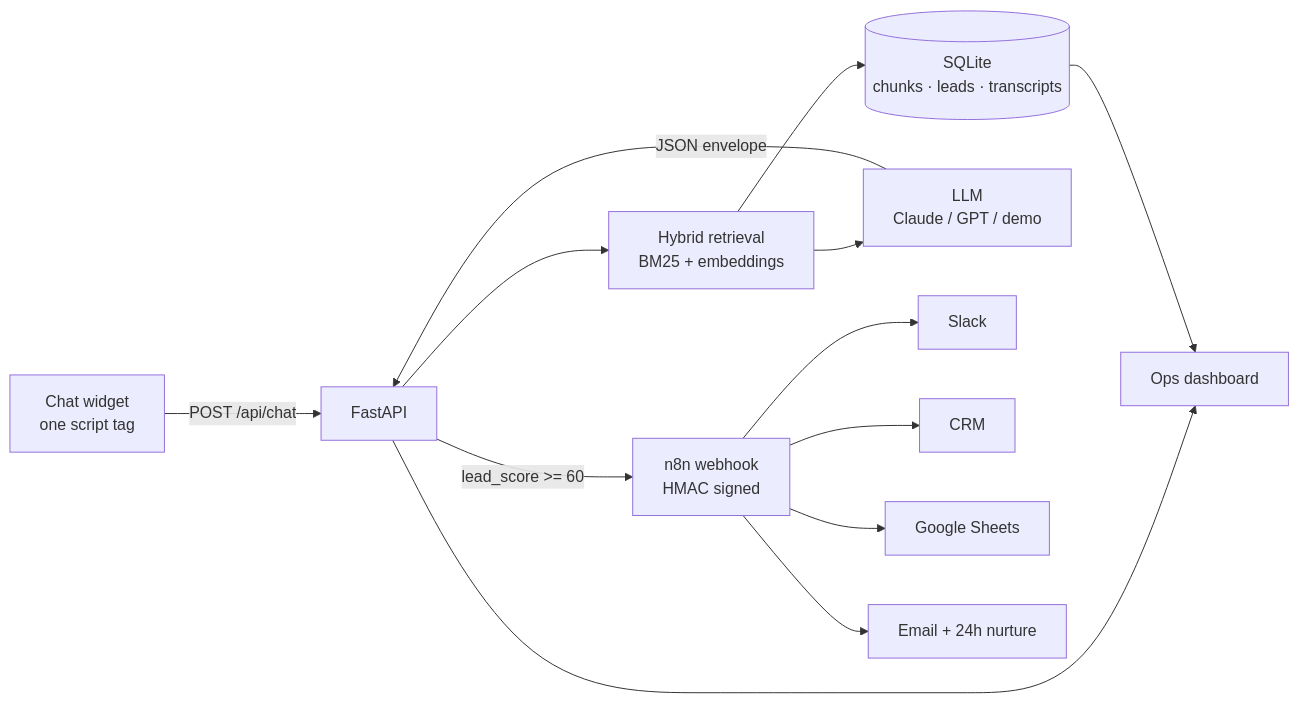
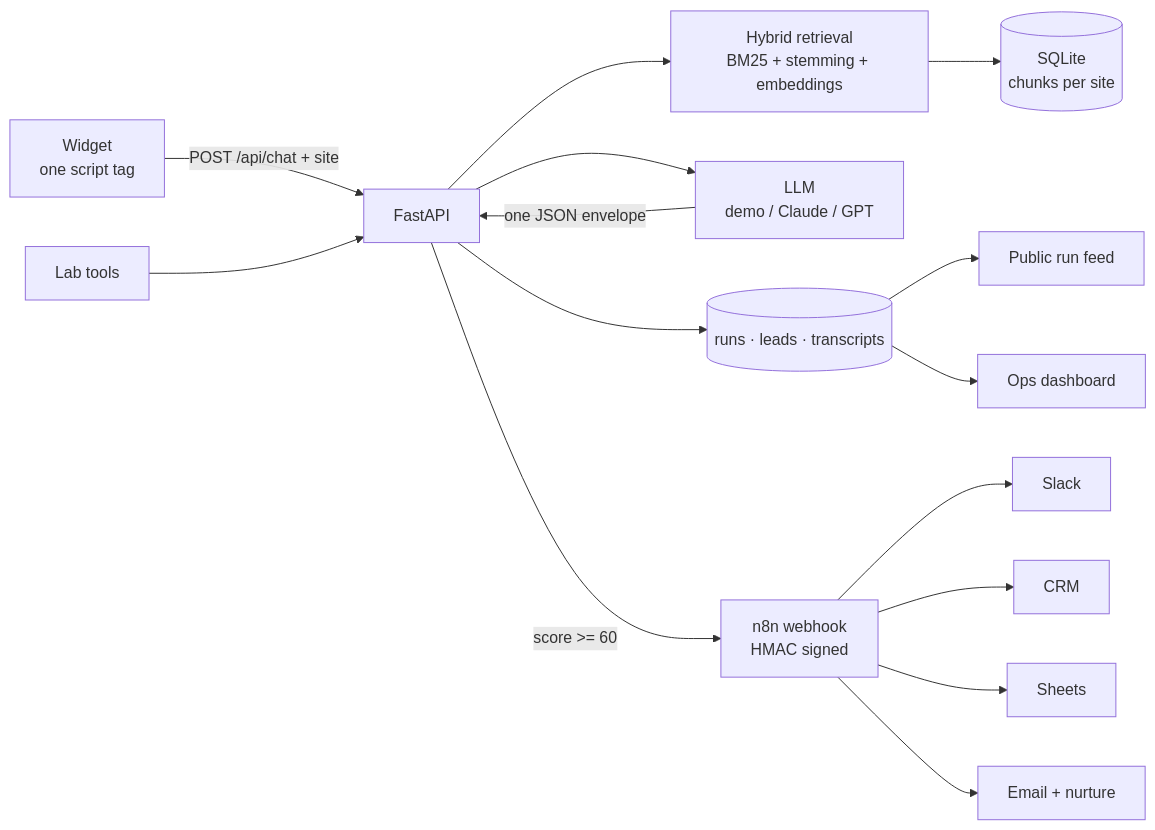
One commit to whykucher/ai-support-agent changed the diagram in README.md. Above: the diagram before and after it, drawn with Mermaid. The commit also changed other lines of this file and 33 other files, not shown here.

````diff
--- a/README.md
+++ b/README.md
@@ -71,15 +69,14 @@
 ```mermaid
 flowchart LR
-    A[Chat widget<br/>one script tag] -->|POST /api/chat| B[FastAPI]
-    B --> C[Hybrid retrieval<br/>BM25 + embeddings]
-    C --> D[(SQLite<br/>chunks · leads · transcripts)]
-    C --> E[LLM<br/>Claude / GPT / demo]
-    E -->|JSON envelope| B
-    B -->|lead_score >= 60| F[n8n webhook<br/>HMAC signed]
-    F --> G[Slack]
-    F --> H[CRM]
-    F --> I[Google Sheets]
-    F --> J[Email + 24h nurture]
-    B --> K[Ops dashboard]
-    D --> K
+    W[Widget<br/>one script tag] -->|POST /api/chat + site| A[FastAPI]
+    L[Lab tools] --> A
+    A --> R[Hybrid retrieval<br/>BM25 + stemming + embeddings]
+    R --> K[(SQLite<br/>chunks per site)]
+    A --> M[LLM<br/>demo / Claude / GPT]
+    M -->|one JSON envelope| A
+    A --> D[(runs · leads · transcripts)]
+    A -->|score >= 60| N[n8n webhook<br/>HMAC signed]
+    N --> S[Slack] & C[CRM] & G[Sheets] & E[Email + nurture]
+    D --> P[Public run feed]
+    D --> O[Ops dashboard]
 ```
````
